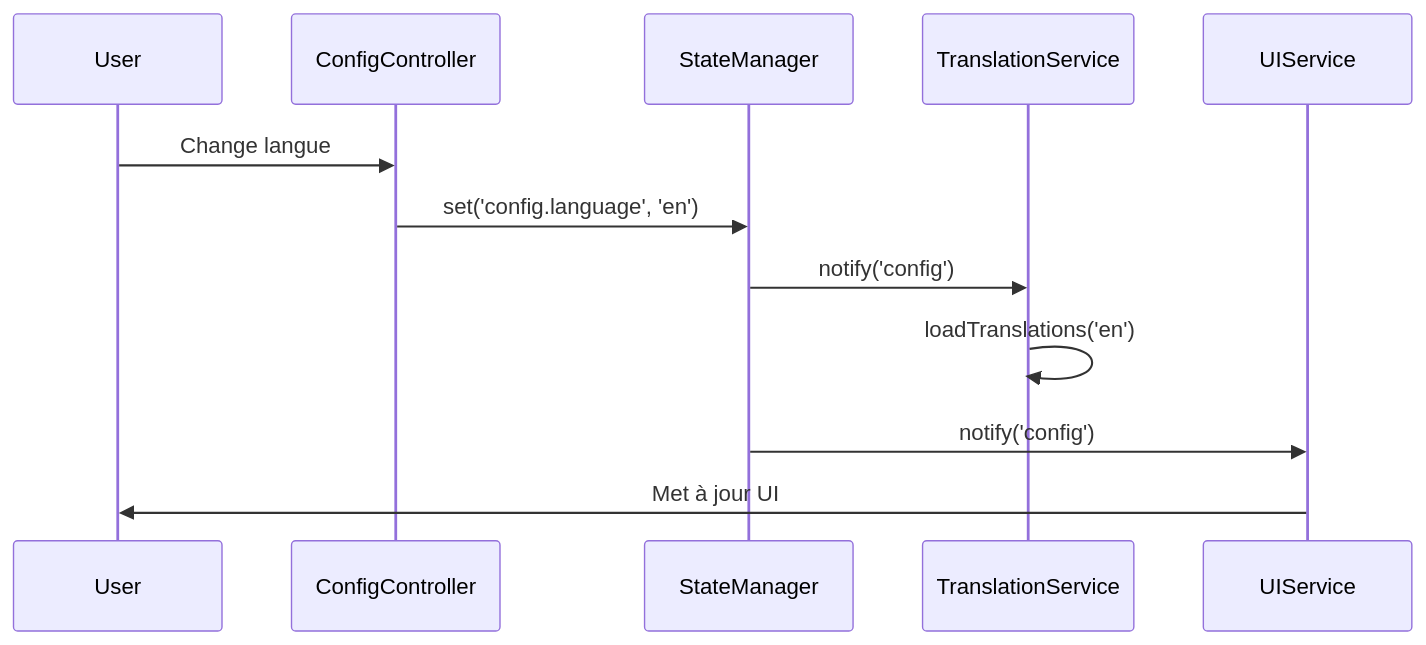
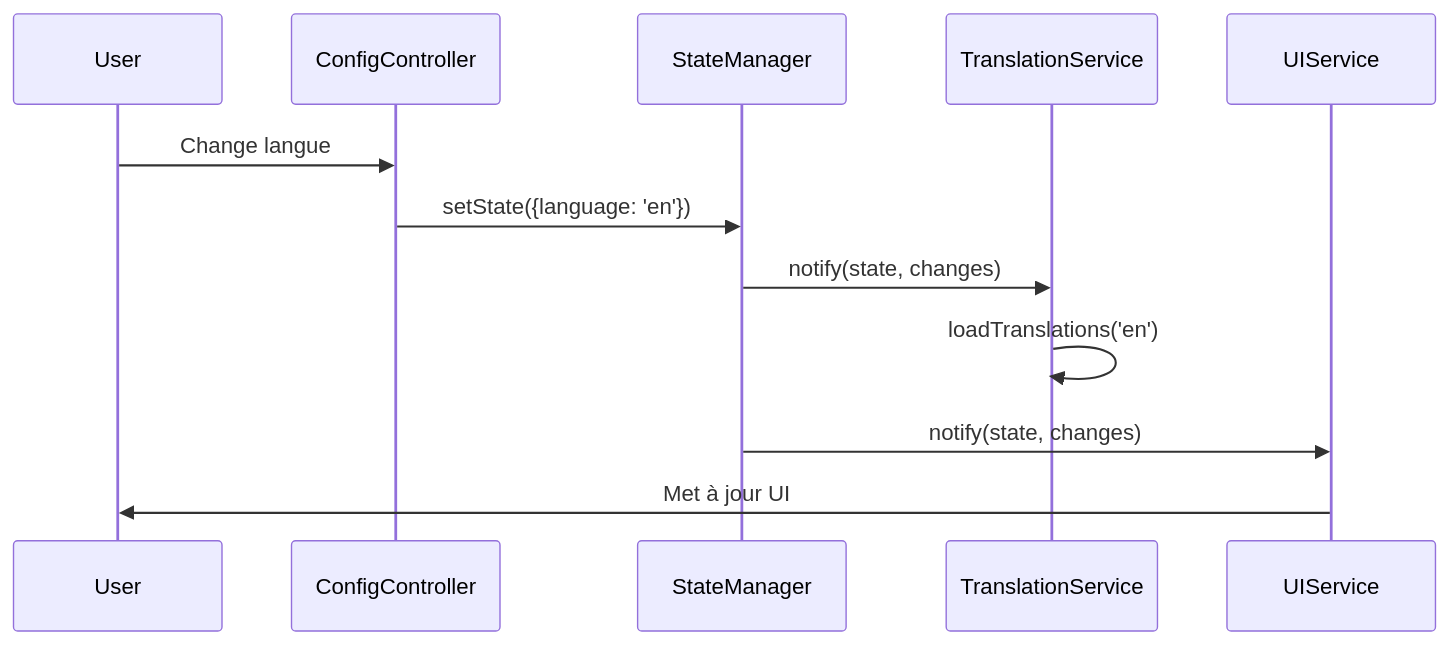
Before and after one commit to habib256/jodotarot: the third of 3 diagrams in docs/architecture/interactions-composants.md, drawn with Mermaid. The commit also changed other lines of this file and 27 other files, not shown here.

````diff
--- a/docs/architecture/interactions-composants.md
+++ b/docs/architecture/interactions-composants.md
@@ -150,15 +158,15 @@
 ```mermaid
 sequenceDiagram
     participant User
     participant CC as ConfigController
     participant SM as StateManager
     participant TS as TranslationService
     participant US as UIService
     
     User->>CC: Change langue
-    CC->>SM: set('config.language', 'en')
-    SM->>TS: notify('config')
+    CC->>SM: setState({language: 'en'})
+    SM->>TS: notify(state, changes)
     TS->>TS: loadTranslations('en')
-    SM->>US: notify('config')
+    SM->>US: notify(state, changes)
     US->>User: Met à jour UI
 ```
````
